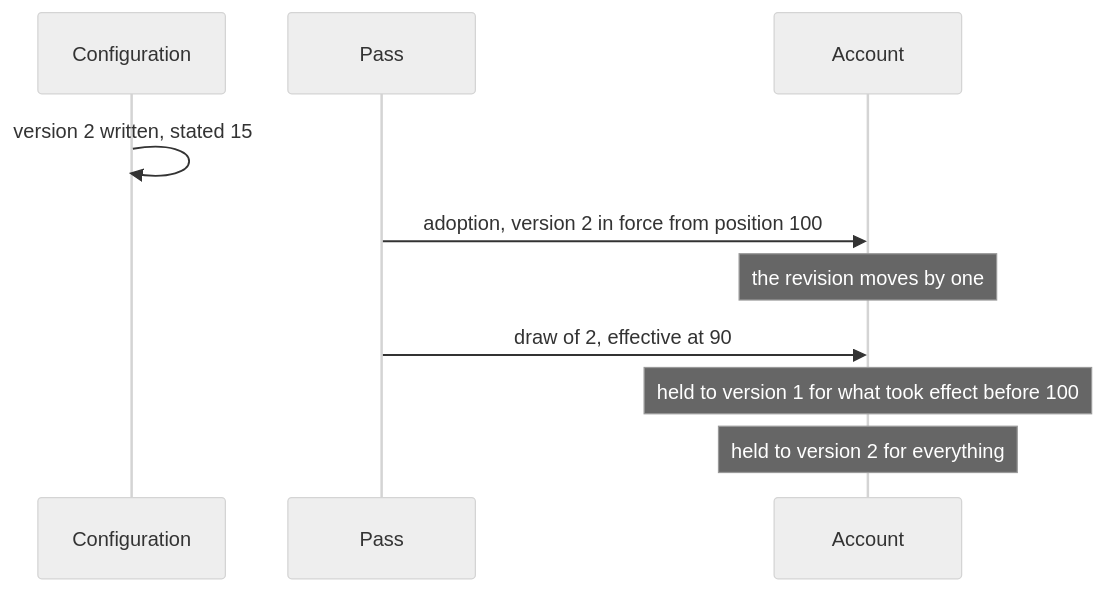
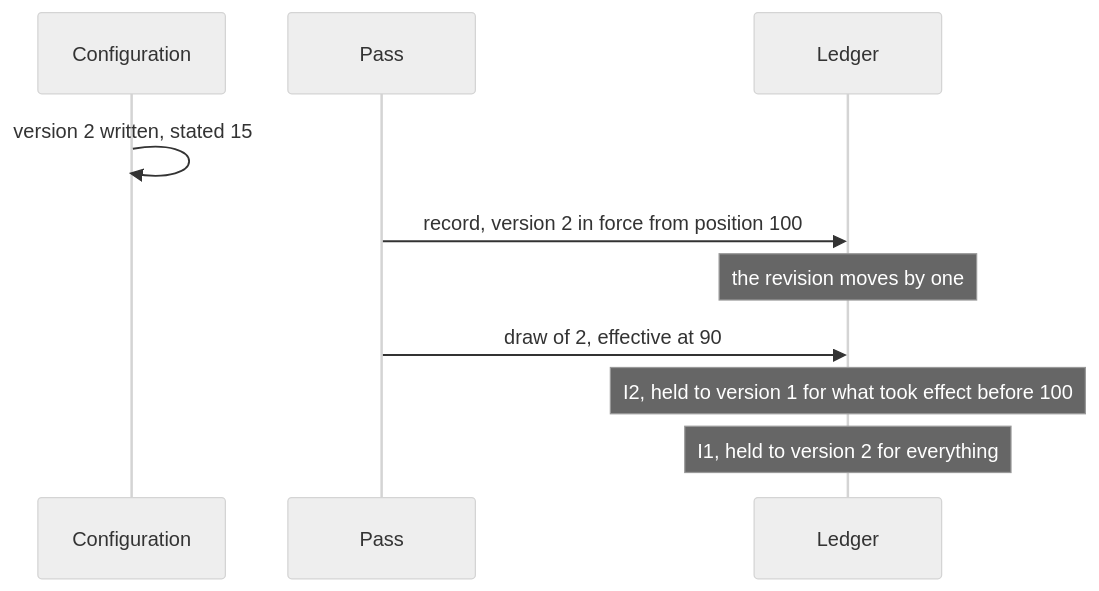
Before and after one commit to nebularis/lattice: the first of 2 diagrams in docs/developer/sketches/ledger-definition-versions-in-force.md, drawn with Mermaid (neutral theme). The commit also changed other lines of this file and 10 other files, not shown here.

````diff
--- a/docs/developer/sketches/ledger-definition-versions-in-force.md
+++ b/docs/developer/sketches/ledger-definition-versions-in-force.md
@@ -45,12 +77,12 @@
 ```mermaid
 sequenceDiagram
   participant C as Configuration
   participant P as Pass
-  participant A as Account
+  participant L as Ledger
   C->>C: version 2 written, stated 15
-  P->>A: adoption, version 2 in force from position 100
-  Note over A: the revision moves by one
-  P->>A: draw of 2, effective at 90
-  Note over A: held to version 1 for what took effect before 100
-  Note over A: held to version 2 for everything
+  P->>L: record, version 2 in force from position 100
+  Note over L: the revision moves by one
+  P->>L: draw of 2, effective at 90
+  Note over L: I2, held to version 1 for what took effect before 100
+  Note over L: I1, held to version 2 for everything
 ```
````
